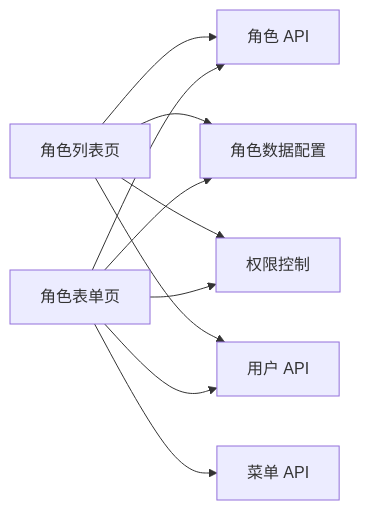
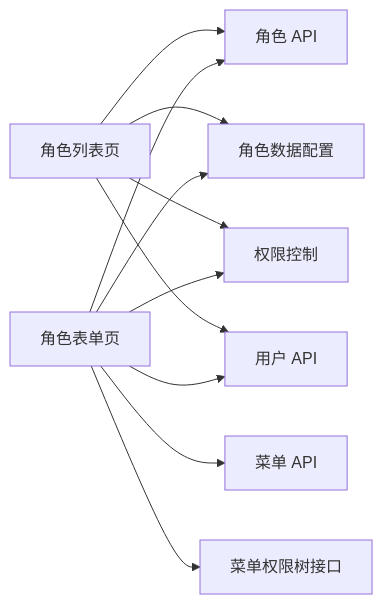
The sixth of 6 diagrams in .qoder/repowiki/zh/content/API 通信层/API 模块组织/系统管理 API 模块/角色管理 API.md (ShiRuYu/shiyu-ui), drawn with Mermaid before and after one commit. The commit also changed other lines of this file and 37 other files, not shown here.

````diff
--- a/.qoder/repowiki/zh/content/API 通信层/API 模块组织/系统管理 API 模块/角色管理 API.md
+++ b/.qoder/repowiki/zh/content/API 通信层/API 模块组织/系统管理 API 模块/角色管理 API.md
@@ -308,12 +359,13 @@
 ```mermaid
 graph LR
 RL["角色列表页"] --> RA["角色 API"]
 RF["角色表单页"] --> RA
 RF --> MA["菜单 API"]
+RF --> MPT["菜单权限树接口"]
 RL --> RD["角色数据配置"]
 RF --> RD
 RL --> AC["权限控制"]
 RF --> AC
 RL --> UA["用户 API"]
 RF --> UA
 ```
````
